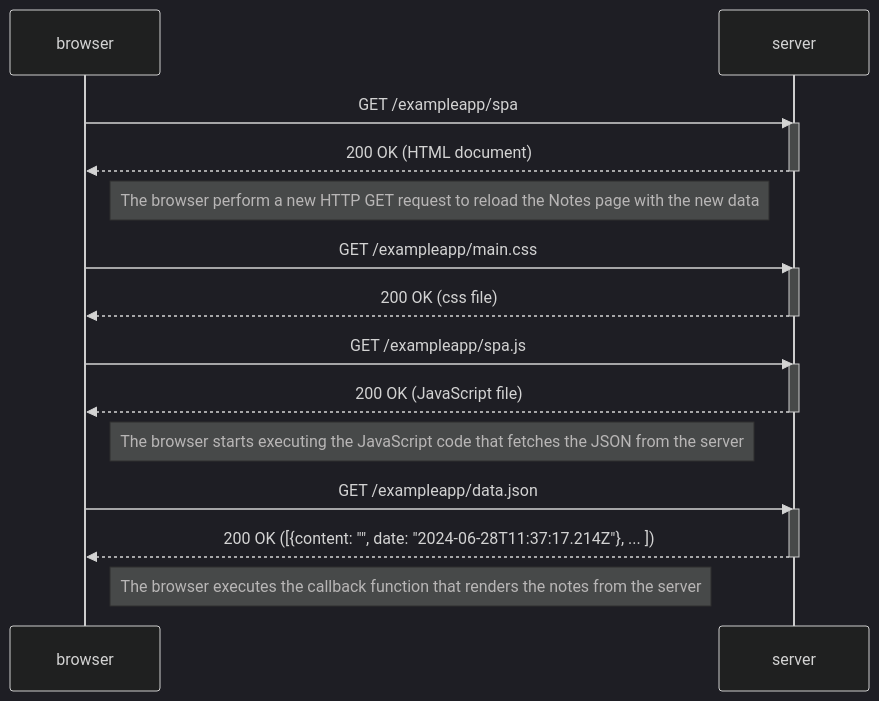
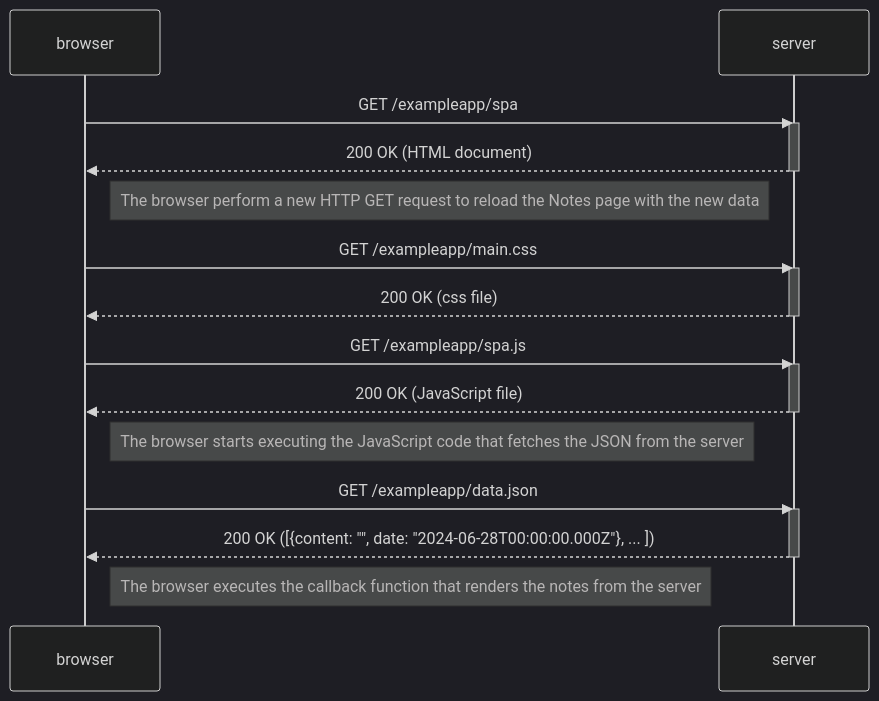
One commit to dollybuzz/fullstackopen changed the diagram in part0/0.5_SinglePageAppDiagram.md. Above: the diagram before and after it, drawn with Mermaid (dark theme). The commit also changed 2 other files, not shown here.

Commit message:
update date in notes

````diff
--- a/part0/0.5_SinglePageAppDiagram.md
+++ b/part0/0.5_SinglePageAppDiagram.md
@@ -1,31 +1,31 @@
 ```mermaid
 sequenceDiagram
     participant browser
     participant server
 
     browser->>server: GET /exampleapp/spa
     activate server
     server-->>browser: 200 OK (HTML document)
     deactivate server
 
     Note right of browser: The browser perform a new HTTP GET request to reload the Notes page with the new data
 
     browser->>server: GET /exampleapp/main.css
     activate server
     server-->>browser: 200 OK (css file)
     deactivate server
 
     browser->>server: GET /exampleapp/spa.js
     activate server
     server-->>browser: 200 OK (JavaScript file)
     deactivate server
 
     Note right of browser: The browser starts executing the JavaScript code that fetches the JSON from the server
 
     browser->>server: GET /exampleapp/data.json
     activate server
-    server-->>browser: 200 OK ([{content: "", date: "2024-06-28T11:37:17.214Z"}, ... ])
+    server-->>browser: 200 OK ([{content: "", date: "2024-06-28T00:00:00.000Z"}, ... ])
     deactivate server
 
     Note right of browser: The browser executes the callback function that renders the notes from the server
 ```
````
